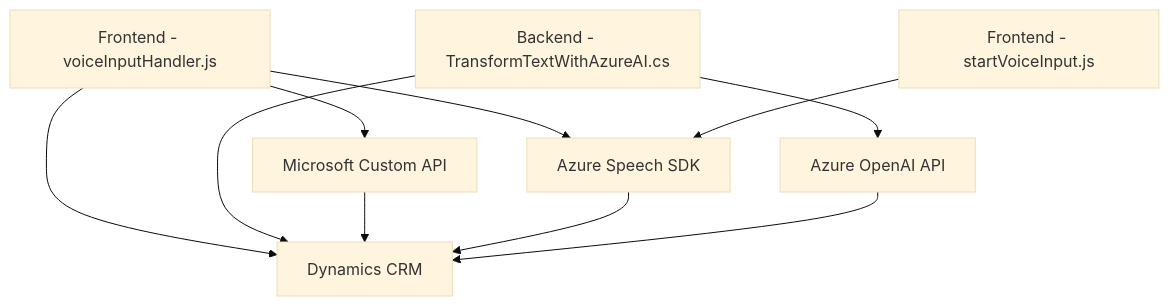
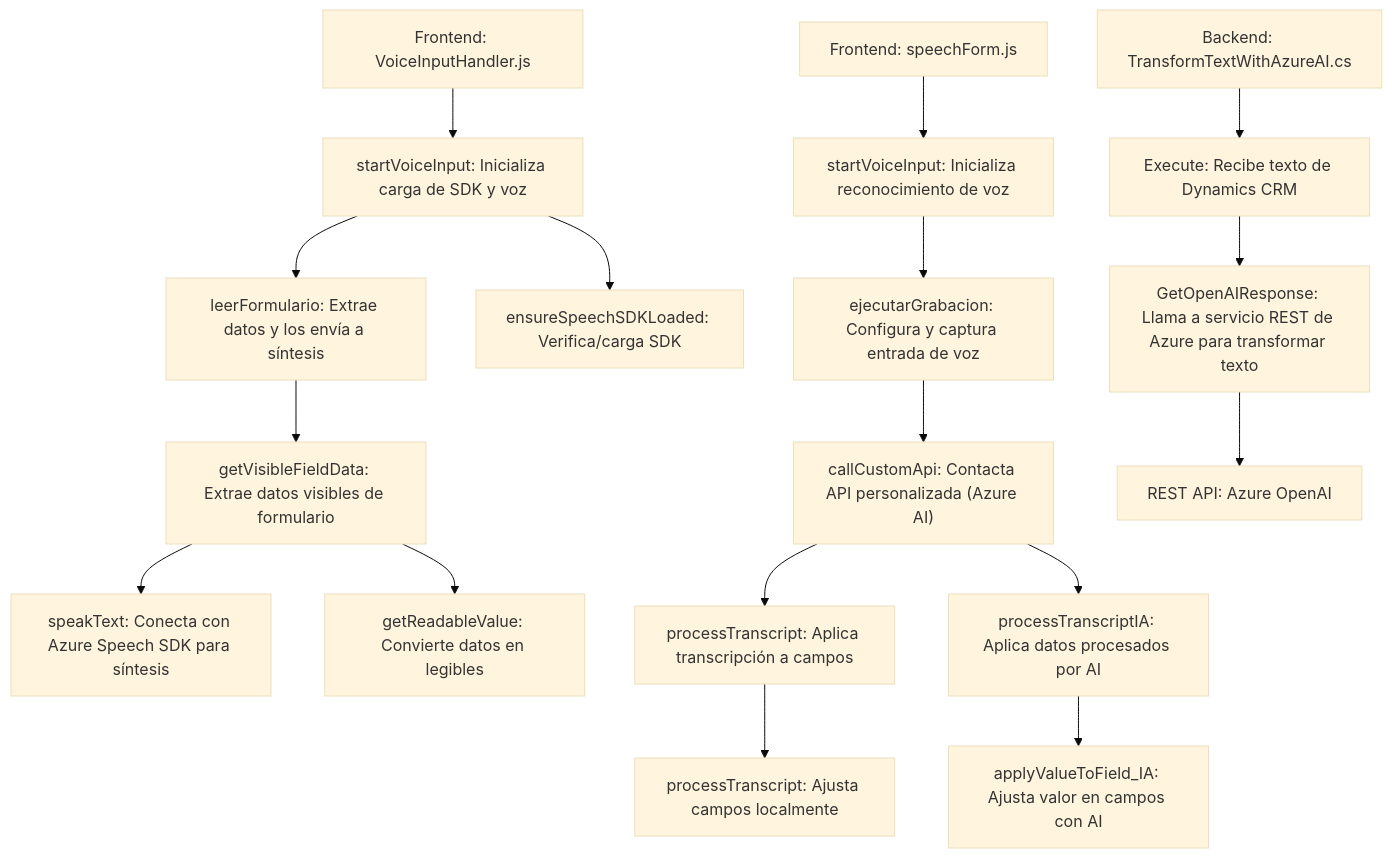
The diagram in README.md (blopezdm/NETCORE_BILBAO2025), drawn with Mermaid (base theme) before and after one commit. The commit also changed other lines of this file, not shown here.

Commit message:
Actualizar análisis global de la solución con IA

````diff
--- a/README.md
+++ b/README.md
@@ -49,20 +51,21 @@
 ```mermaid
 graph TD
-    A["Frontend - voiceInputHandler.js"]
-    B["Frontend - startVoiceInput.js"]
-    C["Backend - TransformTextWithAzureAI.cs"]
-    D["Azure Speech SDK"]
-    E["Azure OpenAI API"]
-    F["Dynamics CRM"]
-    G["Microsoft Custom API"]
+    A["Frontend: VoiceInputHandler.js"] --> B["startVoiceInput: Inicializa carga de SDK y voz"]
+    B --> C["leerFormulario: Extrae datos y los envía a síntesis"]
+    C --> D["getVisibleFieldData: Extrae datos visibles de formulario"]
+    D --> E["speakText: Conecta con Azure Speech SDK para síntesis"]
+    D --> F["getReadableValue: Convierte datos en legibles"]
+    B --> G["ensureSpeechSDKLoaded: Verifica/carga SDK"]
 
-    A --> D
-    B --> D
-    A --> F
-    A --> G
-    C --> E
-    C --> F
-    G --> F
-    D --> F
-    E --> F
+    H["Frontend: speechForm.js"] --> I["startVoiceInput: Inicializa reconocimiento de voz"]
+    I --> J["ejecutarGrabacion: Configura y captura entrada de voz"]
+    J --> K["callCustomApi: Contacta API personalizada (Azure AI)"]
+    K --> L["processTranscript: Aplica transcripción a campos"]
+    K --> M["processTranscriptIA: Aplica datos procesados por AI"]
+    M --> N["applyValueToField_IA: Ajusta valor en campos con AI"]
+    L --> O["processTranscript: Ajusta campos localmente"]
+
+    P["Backend: TransformTextWithAzureAI.cs"] --> Q["Execute: Recibe texto de Dynamics CRM"]
+    Q --> R["GetOpenAIResponse: Llama a servicio REST de Azure para transformar texto"]
+    R --> S["REST API: Azure OpenAI"]
 ```
````
